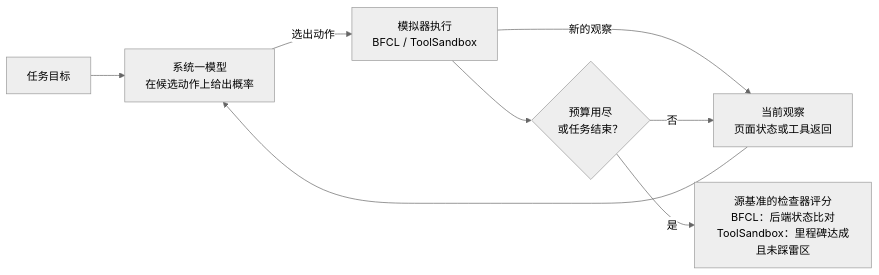
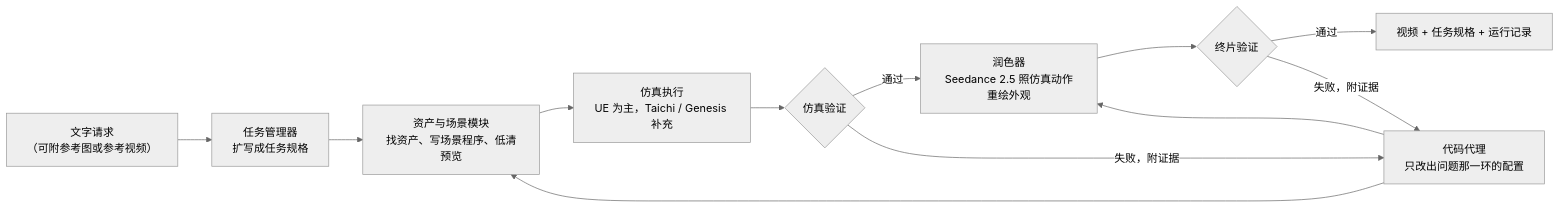
The second of 5 diagrams in docs/index.md (yingwang/paper-reads), drawn with Mermaid (neutral theme) before and after one commit. The commit also changed other lines of this file and 2 other files, not shown here.

````diff
--- a/docs/index.md
+++ b/docs/index.md
@@ -166,10 +104,14 @@
 ```mermaid
-flowchart LR
-    G["任务目标"] --> M["系统一模型<br/>在候选动作上给出概率"]
-    O["当前观察<br/>页面状态或工具返回"] --> M
-    M -->|选出动作| E["模拟器执行<br/>BFCL / ToolSandbox"]
-    E -->|新的观察| O
-    E --> B{"预算用尽<br/>或任务结束？"}
-    B -->|否| O
-    B -->|是| J["源基准的检查器评分<br/>BFCL：后端状态比对<br/>ToolSandbox：里程碑达成且未踩雷区"]
+graph LR
+    IN["文字请求<br/>（可附参考图或参考视频）"] --> TM["任务管理器<br/>扩写成任务规格"]
+    TM --> AS["资产与场景模块<br/>找资产、写场景程序、低清预览"]
+    AS --> SIM["仿真执行<br/>UE 为主，Taichi / Genesis 补充"]
+    SIM --> V1{"仿真验证"}
+    V1 -->|"通过"| RF["润色器<br/>Seedance 2.5 照仿真动作重绘外观"]
+    V1 -->|"失败，附证据"| AG["代码代理<br/>只改出问题那一环的配置"]
+    RF --> V2{"终片验证"}
+    V2 -->|"通过"| OUT["视频 + 任务规格 + 运行记录"]
+    V2 -->|"失败，附证据"| AG
+    AG --> AS
+    AG --> RF
 ```
````
